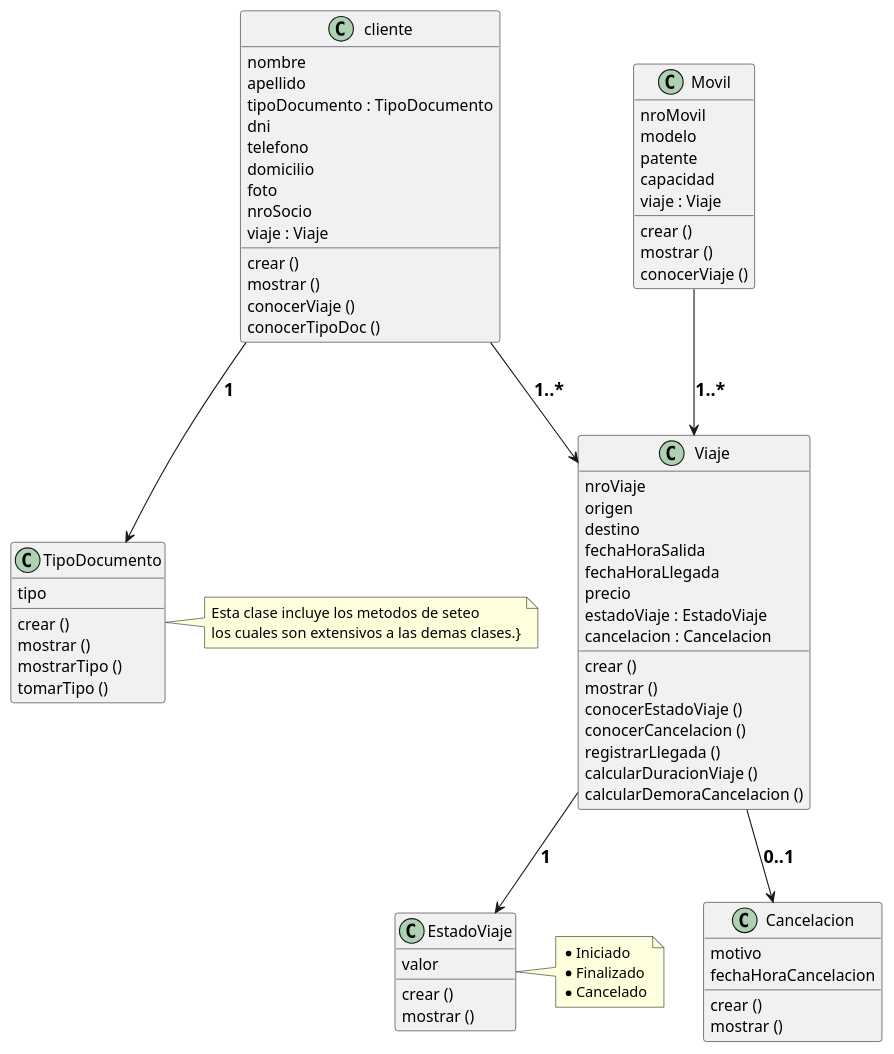
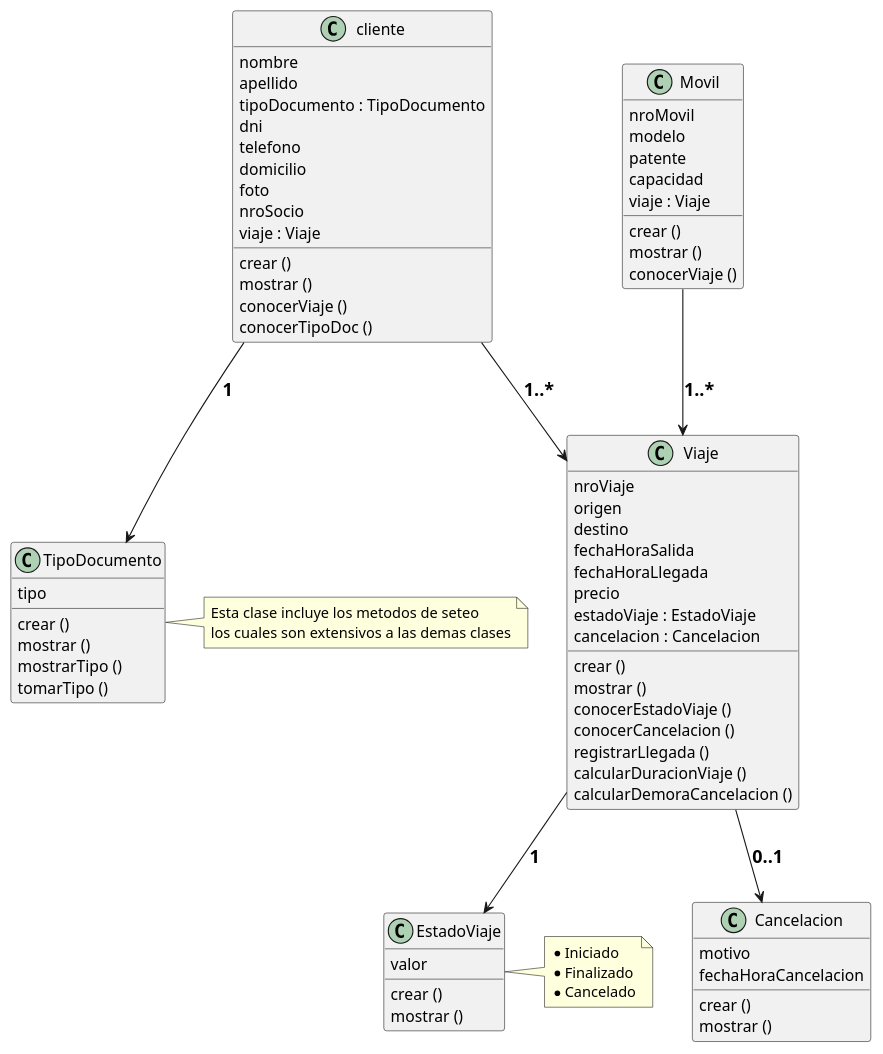
Before and after one commit to angelkemerer/diagramas-uml: the diagram in PRACTICA_PARCIAL/CASO_REMISERIA/remiseria.puml, drawn with PlantUML. The commit also changed 2 other files, not shown here.

Commit message:
añadiendo todos los casos para modelar en uml, para luego pasarlos a chatpgt para que lo tenga como criterio de correcion

```diff
--- a/PRACTICA_PARCIAL/CASO_REMISERIA/remiseria.puml
+++ b/PRACTICA_PARCIAL/CASO_REMISERIA/remiseria.puml
@@ -1,81 +1,81 @@
 @startuml caso empresa de remiseria
 ' DEFINICION DE CLASES
     class cliente {
         nombre
         apellido
         tipoDocumento : TipoDocumento
         dni
         telefono
         domicilio
         foto
         nroSocio
         viaje : Viaje
         crear ()
         mostrar ()
         conocerViaje ()
         conocerTipoDoc ()
     }
     class Viaje {
         nroViaje
         origen
         destino
         fechaHoraSalida
         fechaHoraLlegada
         precio
         estadoViaje : EstadoViaje
         cancelacion : Cancelacion
         crear ()
         mostrar ()
         conocerEstadoViaje ()
         conocerCancelacion ()
         registrarLlegada ()
         calcularDuracionViaje ()
         calcularDemoraCancelacion ()
     }
     class TipoDocumento {
         tipo
         crear ()
         mostrar ()
         mostrarTipo ()
         tomarTipo ()
     }
     class EstadoViaje {
         valor
         crear ()
         mostrar ()
     }
     class Cancelacion {
         motivo
         fechaHoraCancelacion
         crear ()
         mostrar ()
     }
     class Movil {
         nroMovil
         modelo
         patente
         capacidad
         viaje : Viaje
         crear ()
         mostrar ()
         conocerViaje ()
     }
 
 ' NOTAS
 note right of EstadoViaje
     * Iniciado
     * Finalizado
     * Cancelado
 end note
 note right of TipoDocumento
     Esta clase incluye los metodos de seteo 
-    los cuales son extensivos a las demas clases.}
+    los cuales son extensivos a las demas clases
 end note
 
 ' RELACIONES
 cliente --> TipoDocumento : <size: 16><b>1</b></size>
 cliente --> Viaje : <size: 16><b>1..*</b></size>
 Viaje --> EstadoViaje : <size: 16><b>1</b></size>
 Viaje --> Cancelacion : <size: 16><b>0..1</b></size>
 Movil --> Viaje : <size: 16><b>1..*</b></size>
 @enduml
```
